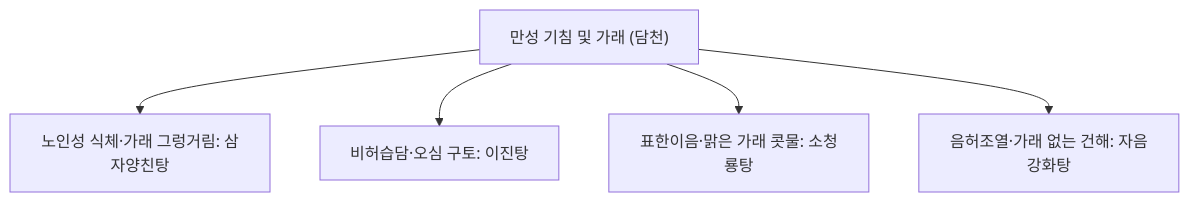
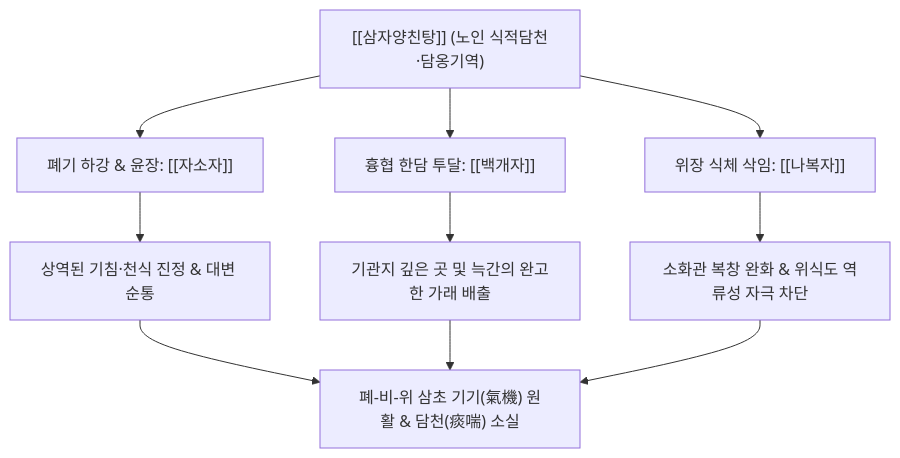
One commit to simbio11/simbio-digital-garden2 changed the diagram in content/2. 약리 공부/처방/03_화담·거습·이수제/삼자양친탕.md. Above: the diagram before and after it, drawn with Mermaid. The commit also changed other lines of this file and 248 other files, not shown here.

````diff
--- a/content/2. 약리 공부/처방/03_화담·거습·이수제/삼자양친탕.md
+++ b/content/2. 약리 공부/처방/03_화담·거습·이수제/삼자양친탕.md
@@ -57,7 +35,12 @@
 ```mermaid
-flowchart TD
-    A["만성 기침 및 가래 (담천)"] --> B["노인성 식체·가래 그렁거림: 삼자양친탕"]
-    A --> C["비허습담·오심 구토: 이진탕"]
-    A --> D["표한이음·맑은 가래 콧물: 소청룡탕"]
-    A --> E["음허조열·가래 없는 건해: 자음강화탕"]
+graph TD
+    A["[[삼자양친탕]] (노인 식적담천·담옹기역)"] --> B["폐기 하강 & 윤장: [[자소자]]"]
+    A --> C["흉협 한담 투달: [[백개자]]"]
+    A --> D["위장 식체 삭임: [[나복자]]"]
+    
+    B --> E["상역된 기침·천식 진정 & 대변 순통"]
+    C --> F["기관지 깊은 곳 및 늑간의 완고한 가래 배출"]
+    D --> G["소화관 복창 완화 & 위식도 역류성 자극 차단"]
+    
+    E & F & G --> H["폐-비-위 삼초 기기(氣機) 원활 & 담천(痰喘) 소실"]
 ```
````
